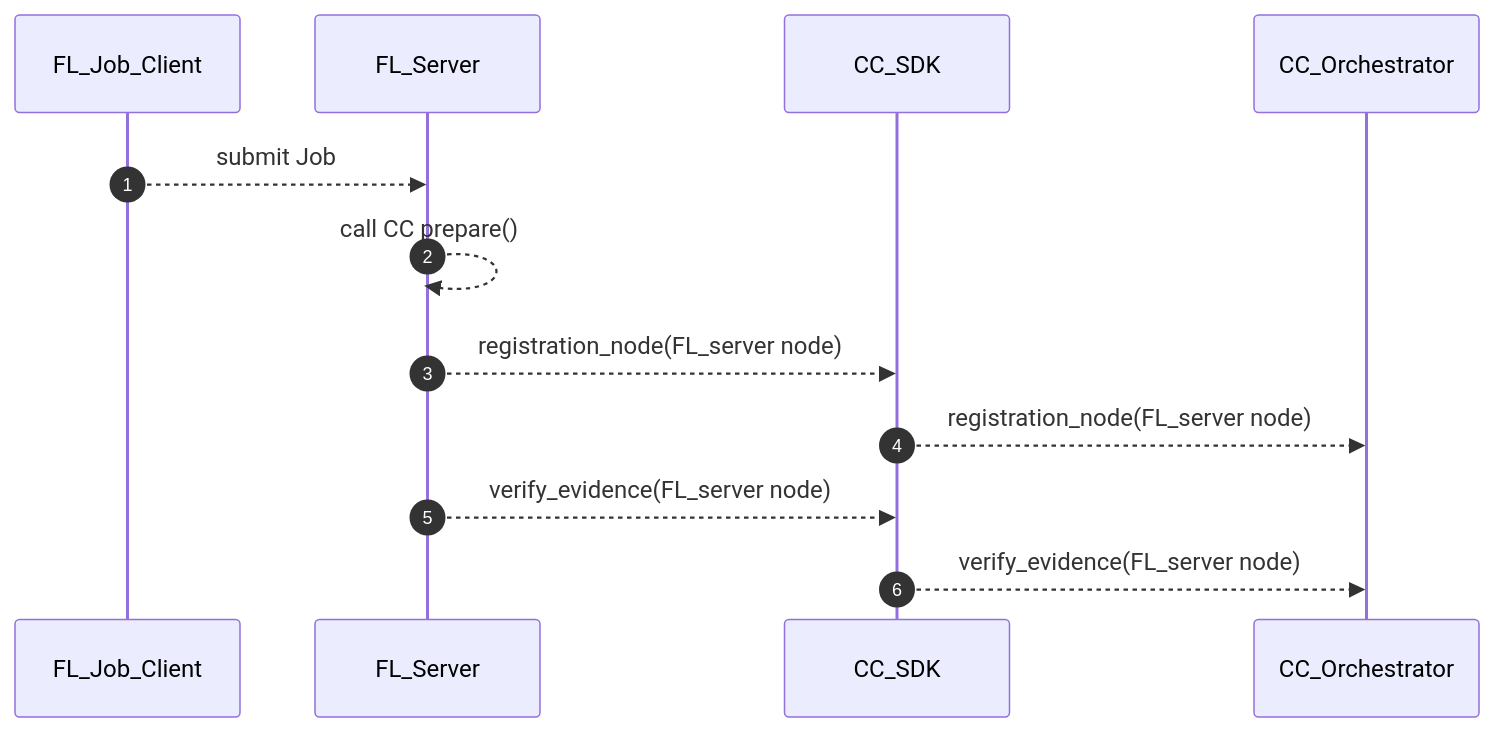
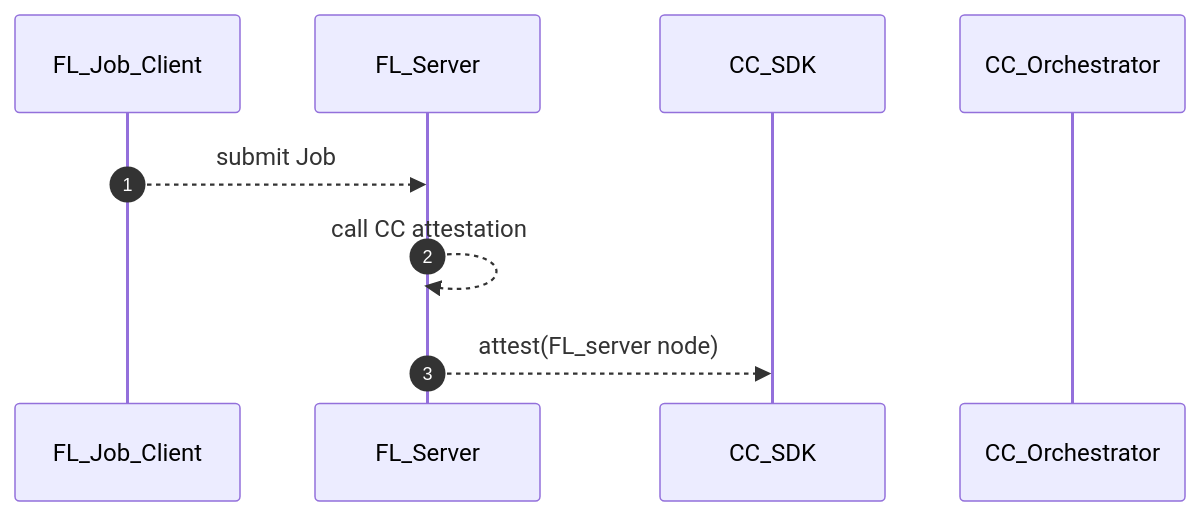
One commit to hitesh-ag1/NVFlare changed the eighth of 13 diagrams in docs/confidential_computing/detailed_cc_sequence_diagram.md. Above: the diagram before and after it, drawn with Mermaid.

Commit message:
Sequence diagram for CC

````diff
--- a/docs/confidential_computing/detailed_cc_sequence_diagram.md
+++ b/docs/confidential_computing/detailed_cc_sequence_diagram.md
@@ -191,16 +191,12 @@
 ```mermaid
 sequenceDiagram
    autonumber
     participant FL_Job_Client
     participant FL_Server
     participant CC_SDK
     participant CC_Orchestrator
     
     FL_Job_Client -->> FL_Server: submit Job
-    FL_Server -->> FL_Server: call CC prepare() 
-    FL_Server -->> CC_SDK: registration_node(FL_server node)
-    CC_SDK -->> CC_Orchestrator: registration_node(FL_server node)
-    FL_Server -->> CC_SDK: verify_evidence(FL_server node)
-    CC_SDK -->> CC_Orchestrator: verify_evidence(FL_server node)
-    
+    FL_Server -->> FL_Server: call CC attestation 
+    FL_Server -->> CC_SDK: attest(FL_server node)    
 ```
````
